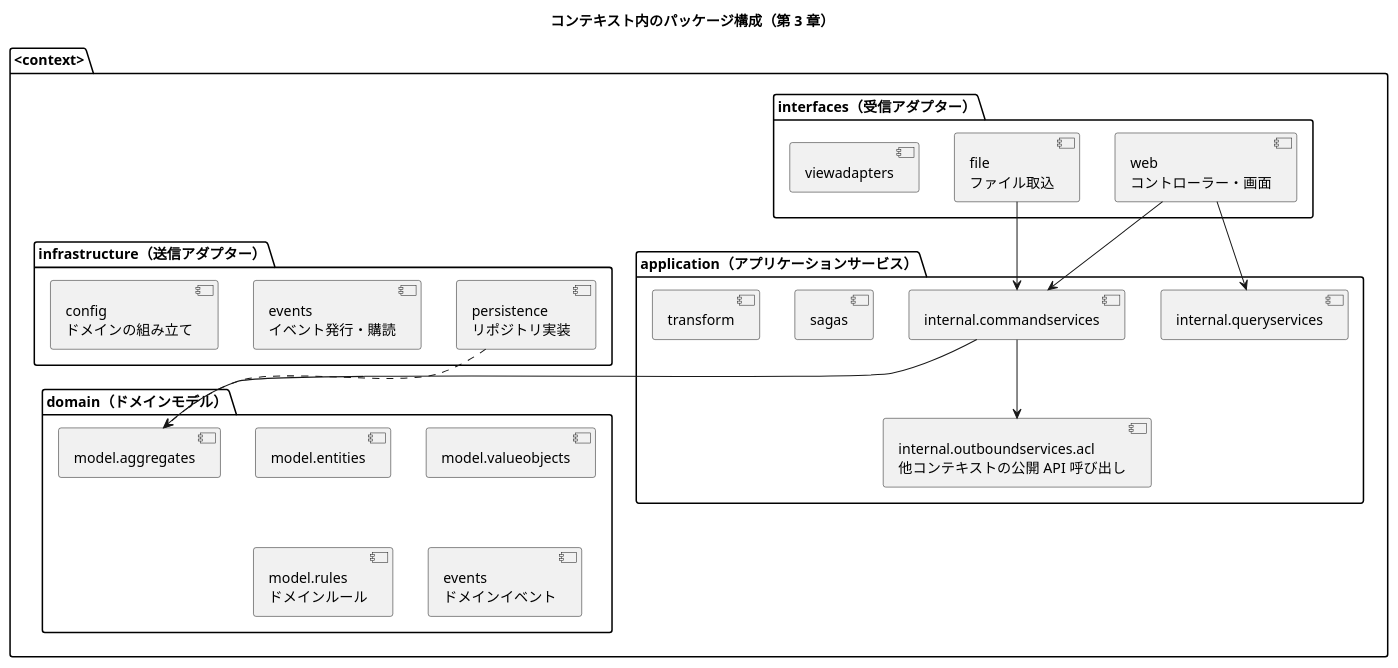
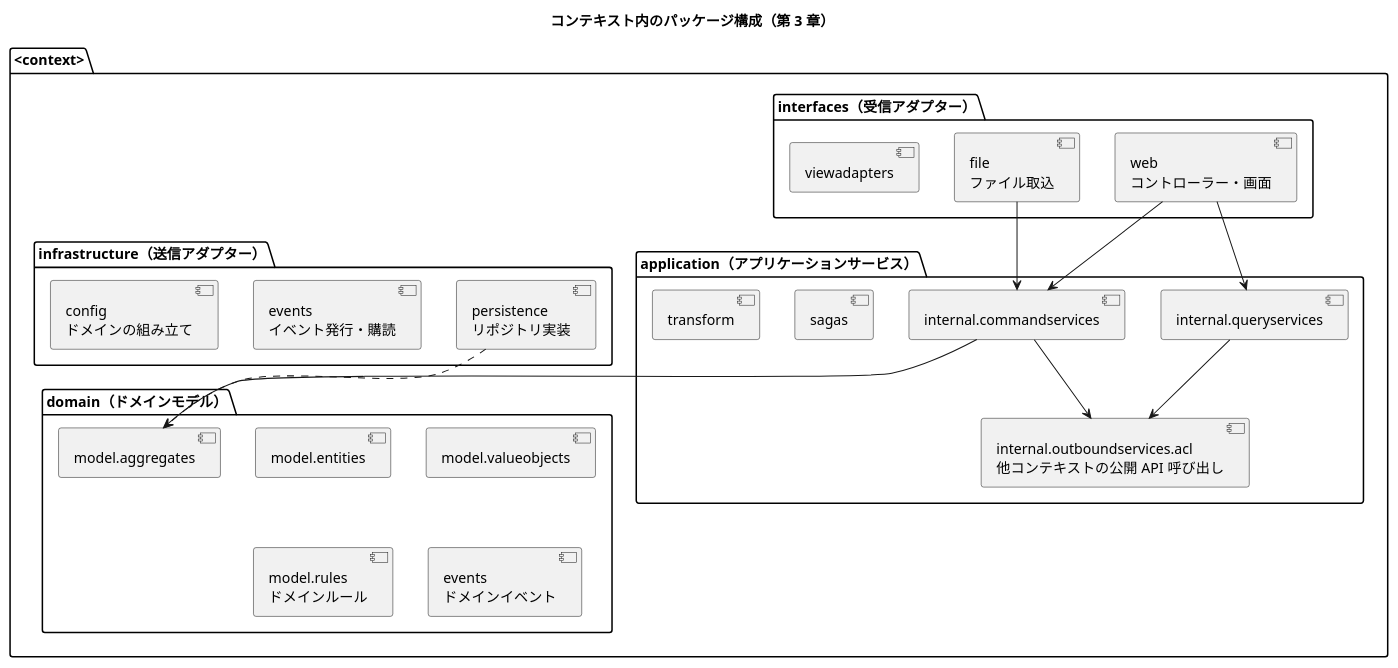
One commit to k2works/practical-domain-driven-design-in-enterpris-application changed the third of 4 diagrams in docs/design/cargo-tracker/architecture_backend.md. Above: the diagram before and after it, drawn with PlantUML. The commit also changed other lines of this file and 22 other files, not shown here.

````diff
--- a/docs/design/cargo-tracker/architecture_backend.md
+++ b/docs/design/cargo-tracker/architecture_backend.md
@@ -213,39 +213,40 @@
 ```plantuml
 @startuml
 title コンテキスト内のパッケージ構成（第 3 章）
 
 package "<context>" {
   package "interfaces（受信アダプター）" {
     [web\nコントローラー・画面]
     [file\nファイル取込]
     [viewadapters]
   }
   package "application（アプリケーションサービス）" {
     [internal.commandservices]
     [internal.queryservices]
     [internal.outboundservices.acl\n他コンテキストの公開 API 呼び出し]
     [sagas]
     [transform]
   }
   package "domain（ドメインモデル）" {
     [model.aggregates]
     [model.entities]
     [model.valueobjects]
     [model.rules\nドメインルール]
     [events\nドメインイベント]
   }
   package "infrastructure（送信アダプター）" {
     [persistence\nリポジトリ実装]
     [events\nイベント発行・購読]
     [config\nドメインの組み立て]
   }
 }
 
 [web\nコントローラー・画面] --> [internal.commandservices]
 [file\nファイル取込] --> [internal.commandservices]
 [web\nコントローラー・画面] --> [internal.queryservices]
 [internal.commandservices] --> [model.aggregates]
 [internal.commandservices] --> [internal.outboundservices.acl\n他コンテキストの公開 API 呼び出し]
+[internal.queryservices] --> [internal.outboundservices.acl\n他コンテキストの公開 API 呼び出し]
 [persistence\nリポジトリ実装] ..> [model.aggregates]
 @enduml
 ```
````
